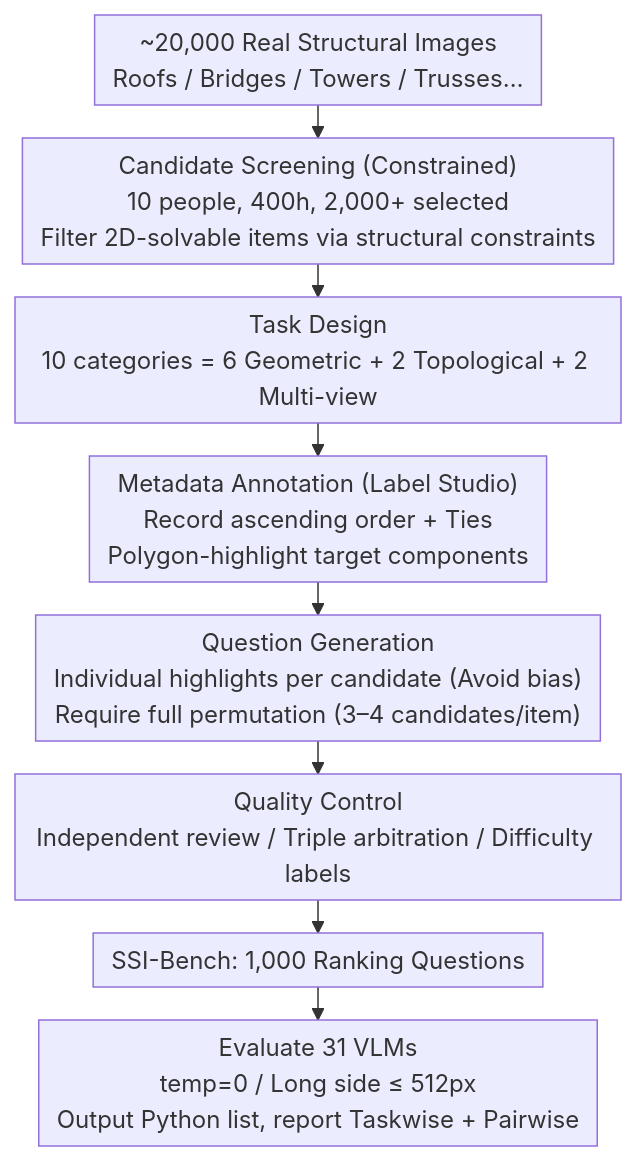
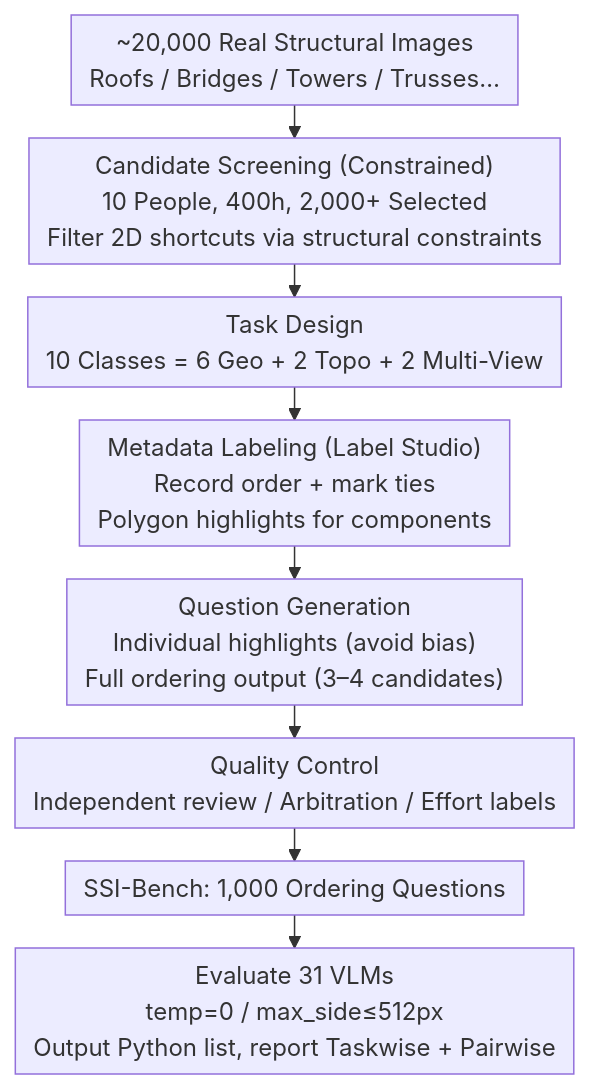
One commit to zhaoyang97/Paper-Notes-en changed the diagram in docs/ICML2026/vlm_reasoning/thinking_in_structures_evaluating_spatial_intelligence_in_constraint-governed_sp.md. Above: the diagram before and after it, drawn with Mermaid. The commit also changed other lines of this file and 5084 other files, not shown here.

````diff
--- a/docs/ICML2026/vlm_reasoning/thinking_in_structures_evaluating_spatial_intelligence_in_constraint-governed_sp.md
+++ b/docs/ICML2026/vlm_reasoning/thinking_in_structures_evaluating_spatial_intelligence_in_constraint-governed_sp.md
@@ -42,11 +42,11 @@
 ```mermaid
 %%{init: {'flowchart': {'rankSpacing': 22, 'nodeSpacing': 26, 'padding': 6, 'wrappingWidth': 380}}}%%
 flowchart TD
-    A["~20,000 Real Structural Images<br/>Roofs / Bridges / Towers / Trusses…"] --> B["Candidate Screening (Constrained)<br/>10 people, 400h, 2,000+ selected<br/>Filter 2D-solvable items via structural constraints"]
-    B --> C["Task Design<br/>10 categories = 6 Geometric + 2 Topological + 2 Multi-view"]
-    C --> D["Metadata Annotation (Label Studio)<br/>Record ascending order + Ties<br/>Polygon-highlight target components"]
-    D --> E["Question Generation<br/>Individual highlights per candidate (Avoid bias)<br/>Require full permutation (3–4 candidates/item)"]
-    E --> F["Quality Control<br/>Independent review / Triple arbitration / Difficulty labels"]
-    F --> G["SSI-Bench: 1,000 Ranking Questions"]
-    G --> H["Evaluate 31 VLMs<br/>temp=0 / Long side ≤ 512px<br/>Output Python list, report Taskwise + Pairwise"]
+    A["~20,000 Real Structural Images<br/>Roofs / Bridges / Towers / Trusses…"] --> B["Candidate Screening (Constrained)<br/>10 People, 400h, 2,000+ Selected<br/>Filter 2D shortcuts via structural constraints"]
+    B --> C["Task Design<br/>10 Classes = 6 Geo + 2 Topo + 2 Multi-View"]
+    C --> D["Metadata Labeling (Label Studio)<br/>Record order + mark ties<br/>Polygon highlights for components"]
+    D --> E["Question Generation<br/>Individual highlights (avoid bias)<br/>Full ordering output (3–4 candidates)"]
+    E --> F["Quality Control<br/>Independent review / Arbitration / Effort labels"]
+    F --> G["SSI-Bench: 1,000 Ordering Questions"]
+    G --> H["Evaluate 31 VLMs<br/>temp=0 / max_side≤512px<br/>Output Python list, report Taskwise + Pairwise"]
 ```
````
